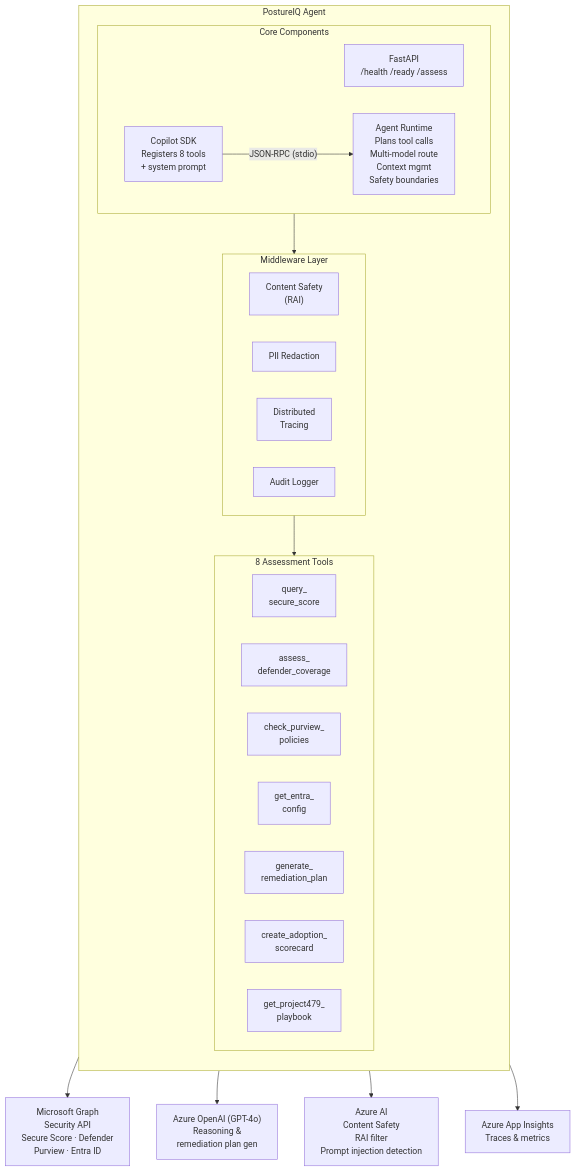
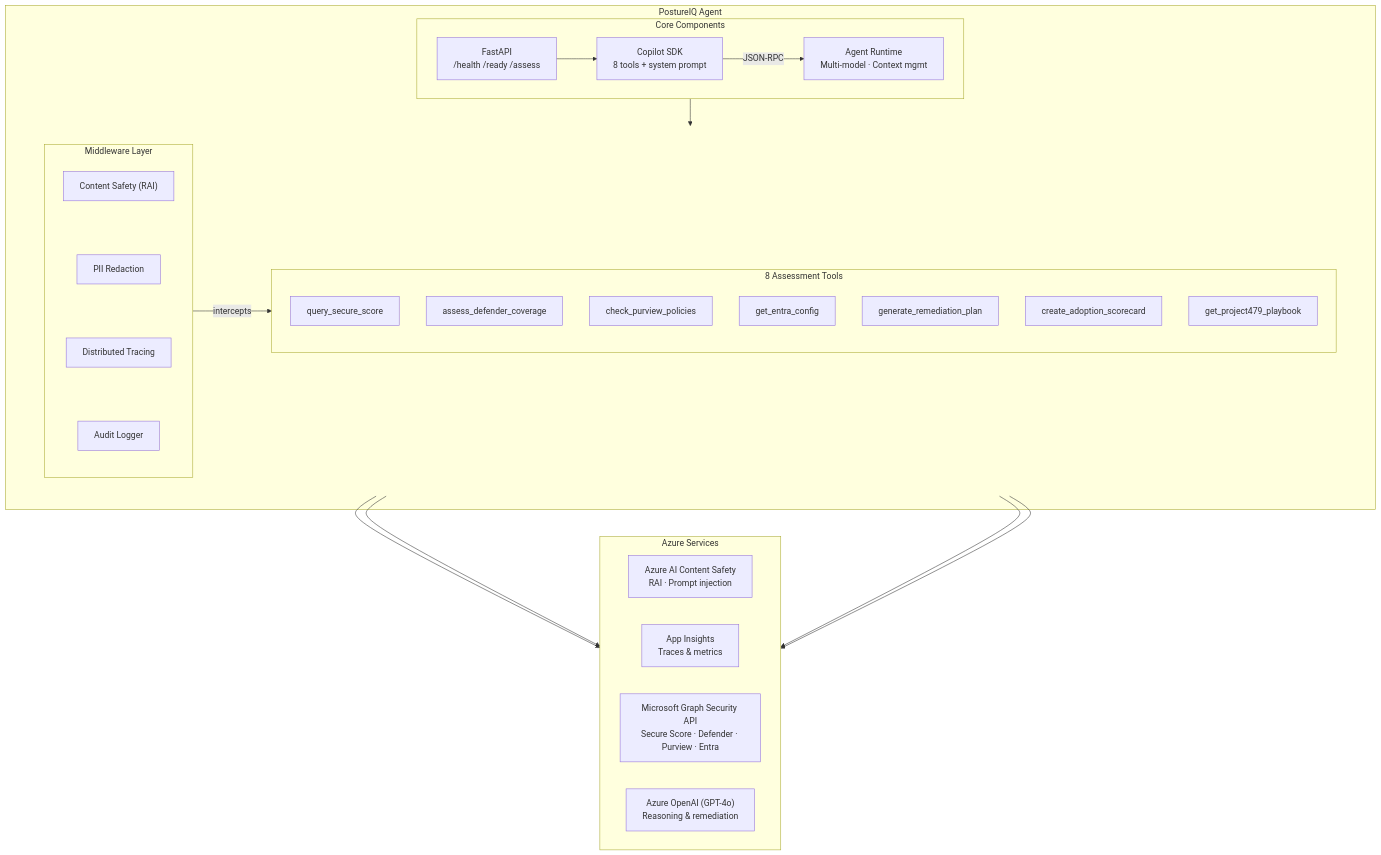
Before and after one commit to 9owlsboston/posture-iq: the first of 3 diagrams in docs/architecture.md, drawn with Mermaid. The commit also changed 5 other files, not shown here.

Commit message:
Update architecture docs and agent plan; add diagrams and traffic scripts

````diff
--- a/docs/architecture.md
+++ b/docs/architecture.md
@@ -5,39 +5,50 @@
 ```mermaid
 graph TB
     subgraph Agent["PostureIQ Agent"]
-        direction TB
+
         subgraph Core["Core Components"]
             direction LR
             FastAPI["FastAPI<br/>/health /ready /assess"]
-            SDK["Copilot SDK<br/>Registers 8 tools<br/>+ system prompt"]
-            Runtime["Agent Runtime<br/>Plans tool calls<br/>Multi-model route<br/>Context mgmt<br/>Safety boundaries"]
-            SDK -- "JSON-RPC (stdio)" --> Runtime
+            SDK["Copilot SDK<br/>8 tools + system prompt"]
+            Runtime["Agent Runtime<br/>Multi-model · Context mgmt"]
+            FastAPI --> SDK -- "JSON-RPC" --> Runtime
         end
 
-        subgraph Middleware["Middleware Layer"]
+        subgraph MiddleRow[" "]
             direction LR
-            ContentSafety["Content Safety<br/>(RAI)"]
-            PII["PII Redaction"]
-            Tracing["Distributed<br/>Tracing"]
-            AuditLog["Audit Logger"]
+
+            subgraph Middleware["Middleware Layer"]
+                ContentSafety["Content Safety (RAI)"] ~~~ PII["PII Redaction"] ~~~ Tracing["Distributed Tracing"] ~~~ AuditLog["Audit Logger"]
+            end
+
+            Middleware -- "intercepts" --> Tools
+
+            subgraph Tools["8 Assessment Tools"]
+                SecureScore["query_secure_score"]
+                Defender["assess_defender_coverage"]
+                Purview["check_purview_policies"]
+                Entra["get_entra_config"]
+                Remediation["generate_remediation_plan"]
+                Scorecard["create_adoption_scorecard"]
+                Playbook["get_project479_playbook"]
+            end
         end
 
-        subgraph Tools["8 Assessment Tools"]
-            direction LR
-            SecureScore["query_<br/>secure_score"]
-            Defender["assess_<br/>defender_coverage"]
-            Purview["check_purview_<br/>policies"]
-            Entra["get_entra_<br/>config"]
-            Remediation["generate_<br/>remediation_plan"]
-            Scorecard["create_adoption_<br/>scorecard"]
-            Playbook["get_project479_<br/>playbook"]
-        end
-
-        Core --> Middleware --> Tools
+        Core --> Middleware
     end
 
-    Tools --> Graph["Microsoft Graph<br/>Security API<br/>Secure Score · Defender<br/>Purview · Entra ID"]
-    Tools --> OpenAI["Azure OpenAI (GPT-4o)<br/>Reasoning &<br/>remediation plan gen"]
-    Middleware --> ContentSafetyAPI["Azure AI<br/>Content Safety<br/>RAI filter<br/>Prompt injection detection"]
-    Middleware --> AppInsights["Azure App Insights<br/>Traces & metrics"]
+    subgraph Azure["Azure Services"]
+        direction LR
+        ContentSafetyAPI["Azure AI Content Safety<br/>RAI · Prompt injection"]
+        AppInsights["App Insights<br/>Traces & metrics"]
+        Graph["Microsoft Graph Security API<br/>Secure Score · Defender · Purview · Entra"]
+        OpenAI["Azure OpenAI (GPT-4o)<br/>Reasoning & remediation"]
+    end
+
+    Middleware --> ContentSafetyAPI
+    Middleware --> AppInsights
+    Tools --> Graph
+    Tools --> OpenAI
+
+    style MiddleRow fill:none,stroke:none
 ```
````
